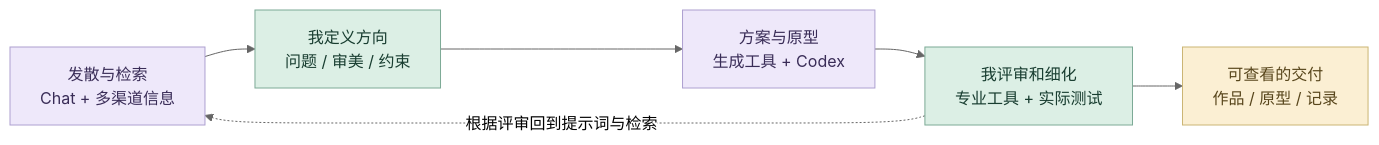
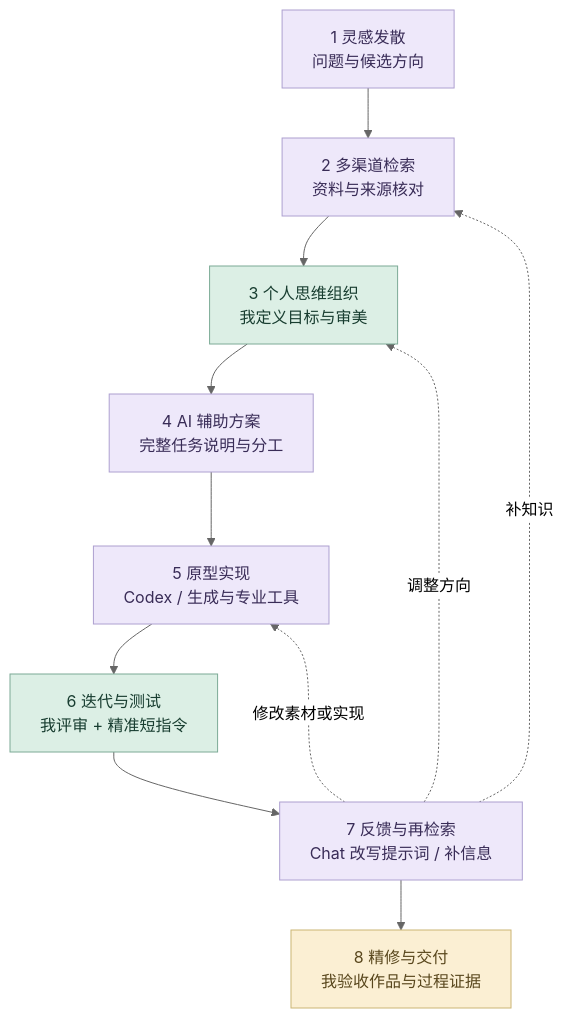
Before and after one commit to Zhiyuan-Xiong/xiongzhiyuan-portfolio: the diagram in README.md, drawn with Mermaid (neutral theme). The commit also changed other lines of this file and 8 other files, not shown here.

````diff
--- a/README.md
+++ b/README.md
@@ -52,13 +58,18 @@
 ```mermaid
-flowchart LR
-  A["发散与检索<br/>Chat + 多渠道信息"]:::ai
-  B["我定义方向<br/>问题 / 审美 / 约束"]:::human
-  C["方案与原型<br/>生成工具 + Codex"]:::ai
-  D["我评审和细化<br/>专业工具 + 实际测试"]:::human
-  E["可查看的交付<br/>作品 / 原型 / 记录"]:::output
-  A --> B --> C --> D --> E
-  D -. "根据评审回到提示词与检索" .-> A
+flowchart TB
+  A["1 灵感发散<br/>问题与候选方向"]:::ai
+  B["2 多渠道检索<br/>资料与来源核对"]:::ai
+  C["3 个人思维组织<br/>我定义目标与审美"]:::human
+  D["4 AI 辅助方案<br/>完整任务说明与分工"]:::ai
+  E["5 原型实现<br/>Codex / 生成与专业工具"]:::ai
+  F["6 迭代与测试<br/>我评审 + 精准短指令"]:::human
+  G["7 反馈与再检索<br/>Chat 改写提示词 / 补信息"]:::ai
+  H["8 精修与交付<br/>我验收作品与过程证据"]:::output
+  A --> B --> C --> D --> E --> F --> G --> H
+  G -. "补知识" .-> B
+  G -. "调整方向" .-> C
+  G -. "修改素材或实现" .-> E
   classDef human fill:#dcefe5,stroke:#7caa96,color:#183d30;
   classDef ai fill:#eee8fa,stroke:#ada0d0,color:#392c57;
   classDef output fill:#fbefd3,stroke:#cbb574,color:#58461c;
 ```
````
